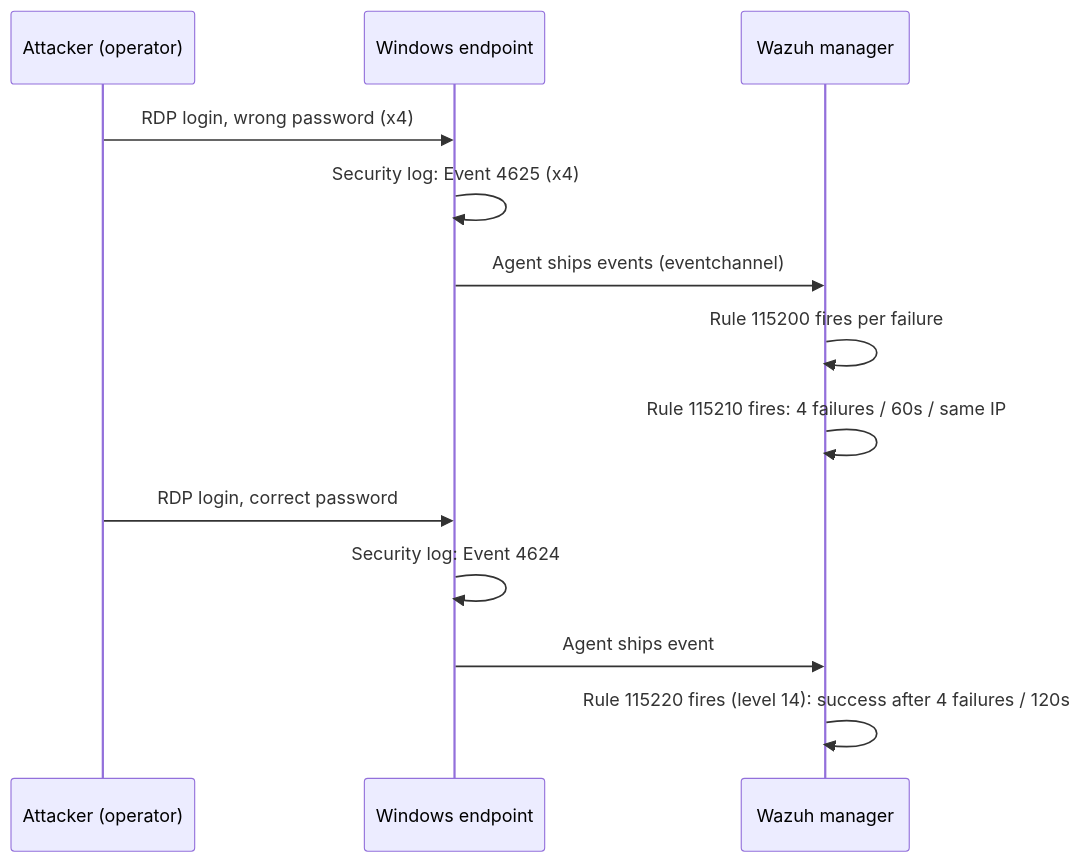
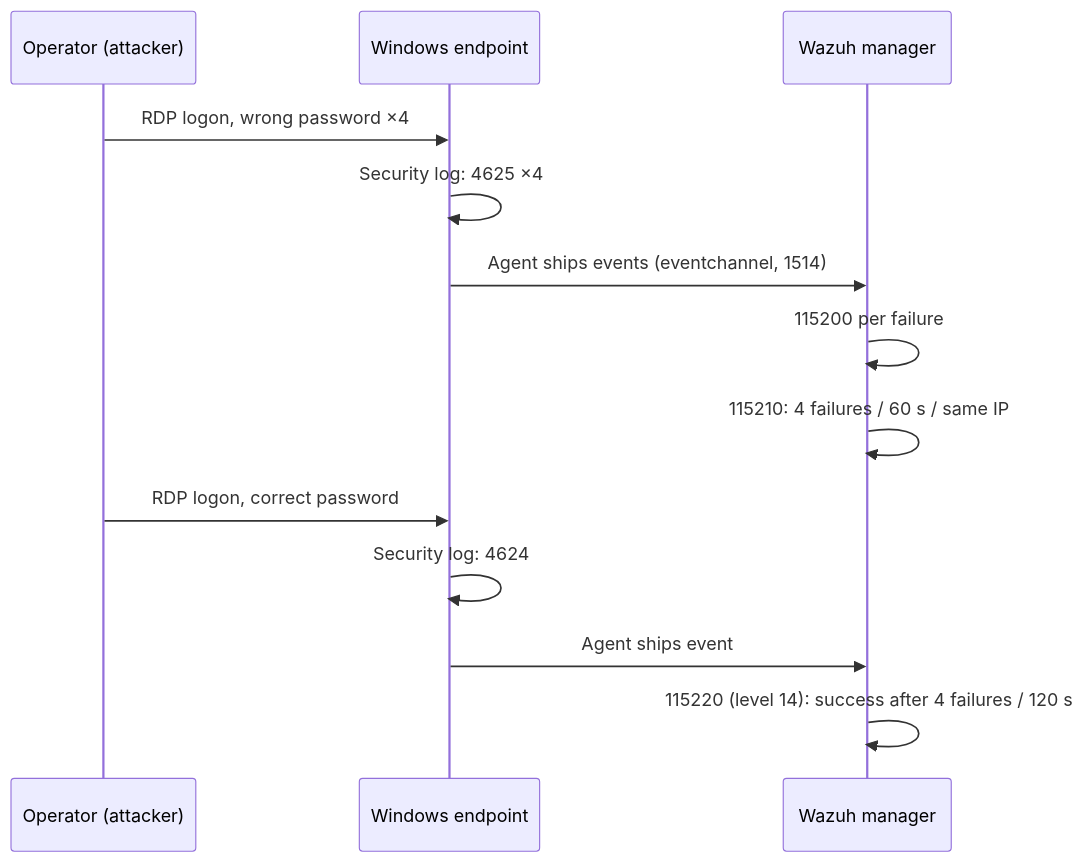
The fourth of 4 diagrams in docs/architecture.md (shaurya-security/sec-wazuh-windows-detection), drawn with Mermaid before and after one commit. The commit also changed other lines of this file and 11 other files, not shown here.

````diff
--- a/docs/architecture.md
+++ b/docs/architecture.md
@@ -31,15 +158,15 @@
 ```mermaid
 sequenceDiagram
-    participant A as Attacker (operator)
+    participant A as Operator (attacker)
     participant W as Windows endpoint
     participant M as Wazuh manager
-    A->>W: RDP login, wrong password (x4)
-    W->>W: Security log: Event 4625 (x4)
-    W->>M: Agent ships events (eventchannel)
-    M->>M: Rule 115200 fires per failure
-    M->>M: Rule 115210 fires: 4 failures / 60s / same IP
-    A->>W: RDP login, correct password
-    W->>W: Security log: Event 4624
+    A->>W: RDP logon, wrong password ×4
+    W->>W: Security log: 4625 ×4
+    W->>M: Agent ships events (eventchannel, 1514)
+    M->>M: 115200 per failure
+    M->>M: 115210: 4 failures / 60 s / same IP
+    A->>W: RDP logon, correct password
+    W->>W: Security log: 4624
     W->>M: Agent ships event
-    M->>M: Rule 115220 fires (level 14): success after 4 failures / 120s
+    M->>M: 115220 (level 14): success after 4 failures / 120 s
 ```
````
